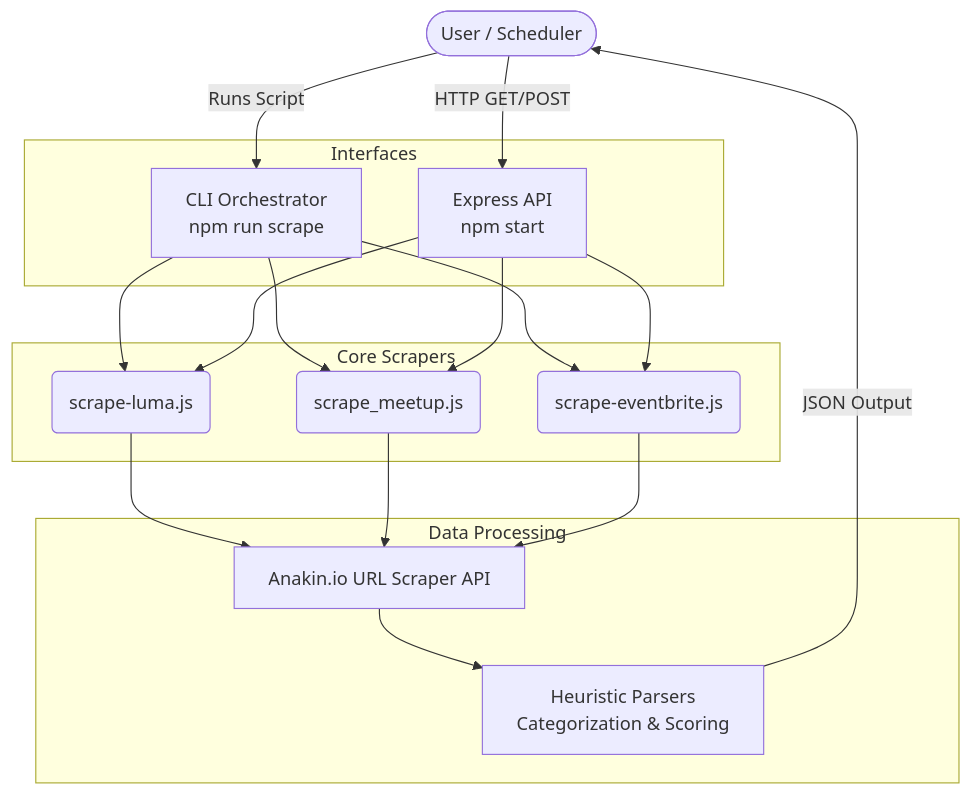
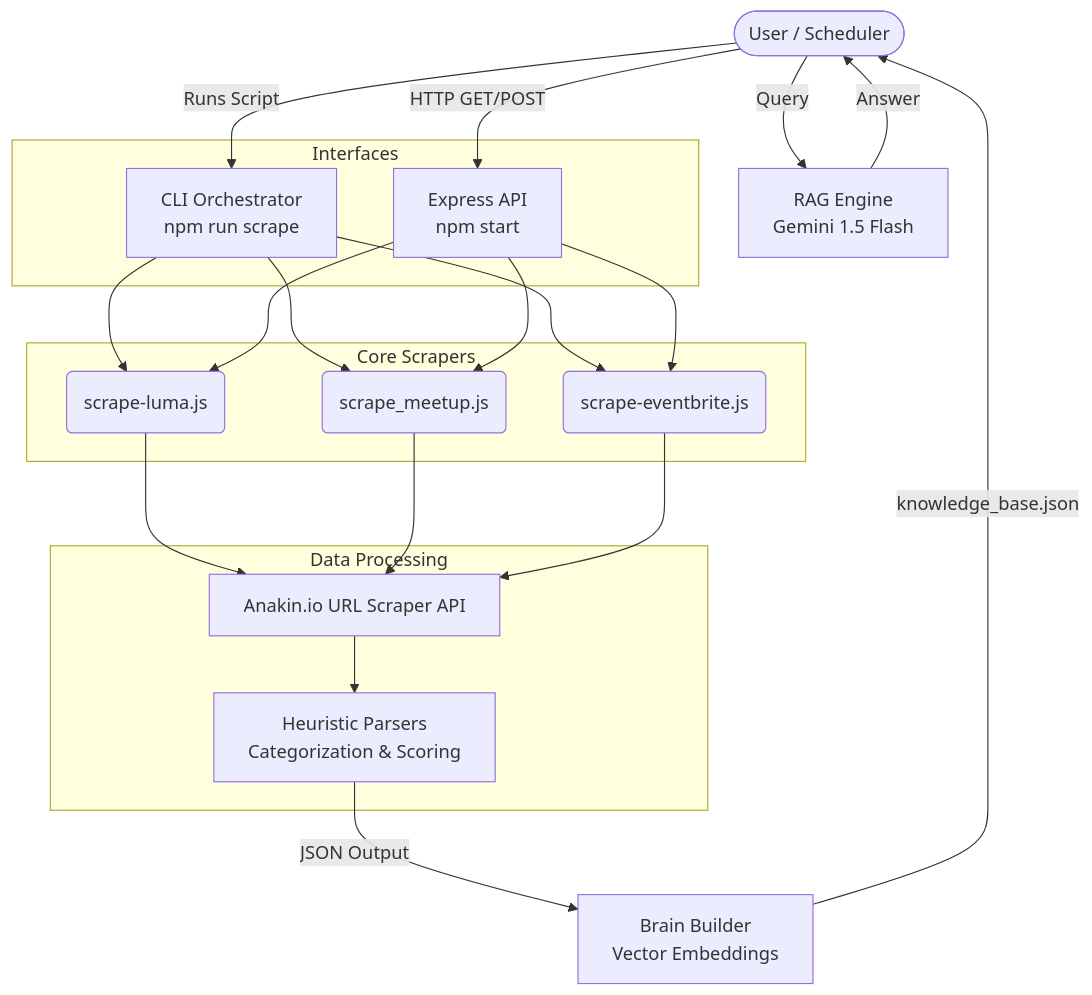
The diagram in README.md (ghoshvidip26/AnakinProject), drawn with Mermaid before and after one commit. The commit also changed other lines of this file and 24 other files, not shown here.

````diff
--- a/README.md
+++ b/README.md
@@ -9,30 +9,33 @@
 ```mermaid
 graph TD
     User([User / Scheduler])
     
     subgraph Interfaces
         CLI[CLI Orchestrator<br/>npm run scrape]
         API[Express API<br/>npm start]
     end
 
     subgraph Core Scrapers
         Luma(scrape-luma.js)
         Meetup(scrape_meetup.js)
         Eventbrite(scrape-eventbrite.js)
     end
 
     subgraph Data Processing
         Parser[Heuristic Parsers<br/>Categorization & Scoring]
         Anakin[Anakin.io URL Scraper API]
     end
     
     User -->|Runs Script| CLI
     User -->|HTTP GET/POST| API
     
     CLI --> Luma & Meetup & Eventbrite
     API --> Luma & Meetup & Eventbrite
     
     Luma & Meetup & Eventbrite --> Anakin
     Anakin --> Parser
-    Parser -->|JSON Output| User
+    Parser -->|JSON Output| Brain[Brain Builder<br/>Vector Embeddings]
+    Brain -->|knowledge_base.json| User
+    User -->|Query| RAG[RAG Engine<br/>Gemini 1.5 Flash]
+    RAG -->|Answer| User
 ```
````
